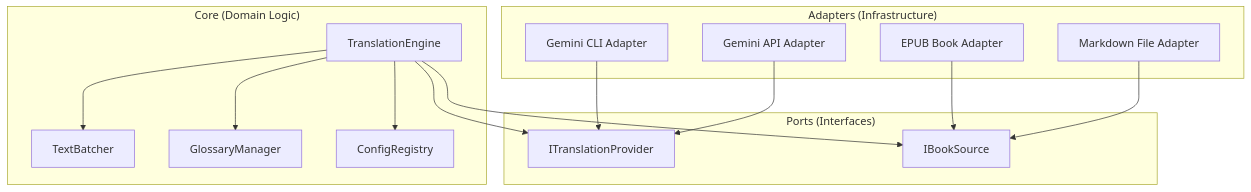
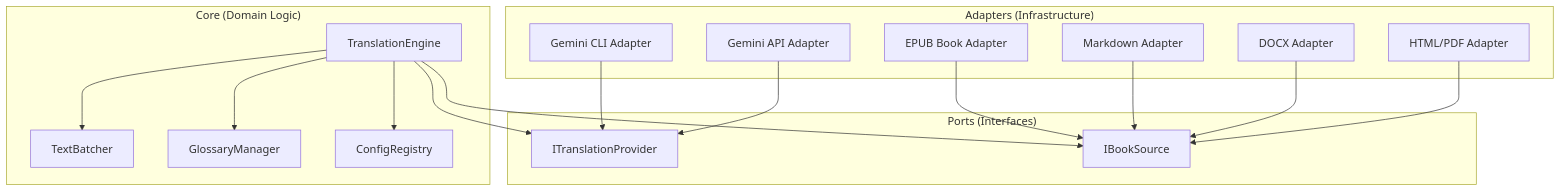
Before and after one commit to austery/BookWeaver: the diagram in docs/architecture/specs/SPEC-012-core-translation-engine-hexagonal.md, drawn with Mermaid. The commit also changed other lines of this file, not shown here.

Commit message:
refactor(spec-012): enhance hexagonal architecture documentation and update enforcement strategy

````diff
--- a/docs/architecture/specs/SPEC-012-core-translation-engine-hexagonal.md
+++ b/docs/architecture/specs/SPEC-012-core-translation-engine-hexagonal.md
@@ -45,32 +45,36 @@
 ```mermaid
 graph TD
     subgraph "Adapters (Infrastructure)"
         CLI[Gemini CLI Adapter]
         API[Gemini API Adapter]
         EPUB[EPUB Book Adapter]
-        MD[Markdown File Adapter]
+        MD[Markdown Adapter]
+        DOCX[DOCX Adapter]
+        HTML[HTML/PDF Adapter]
     end
 
     subgraph "Ports (Interfaces)"
         ProviderPort[ITranslationProvider]
         SourcePort[IBookSource]
     end
 
     subgraph "Core (Domain Logic)"
         Engine[TranslationEngine]
         Batcher[TextBatcher]
         Glossary[GlossaryManager]
         Config[ConfigRegistry]
     end
 
     CLI --> ProviderPort
     API --> ProviderPort
     EPUB --> SourcePort
     MD --> SourcePort
+    DOCX --> SourcePort
+    HTML --> SourcePort
 
     Engine --> ProviderPort
     Engine --> SourcePort
     Engine --> Batcher
     Engine --> Glossary
     Engine --> Config
 ```
````
